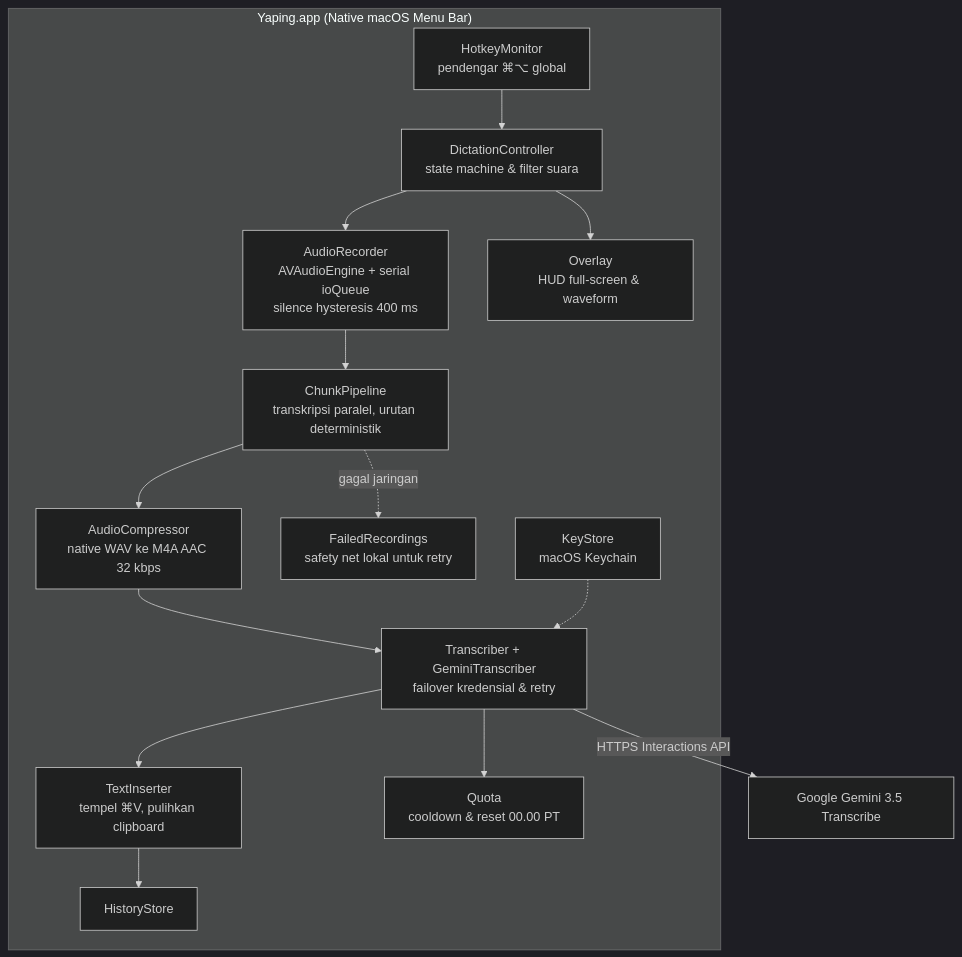
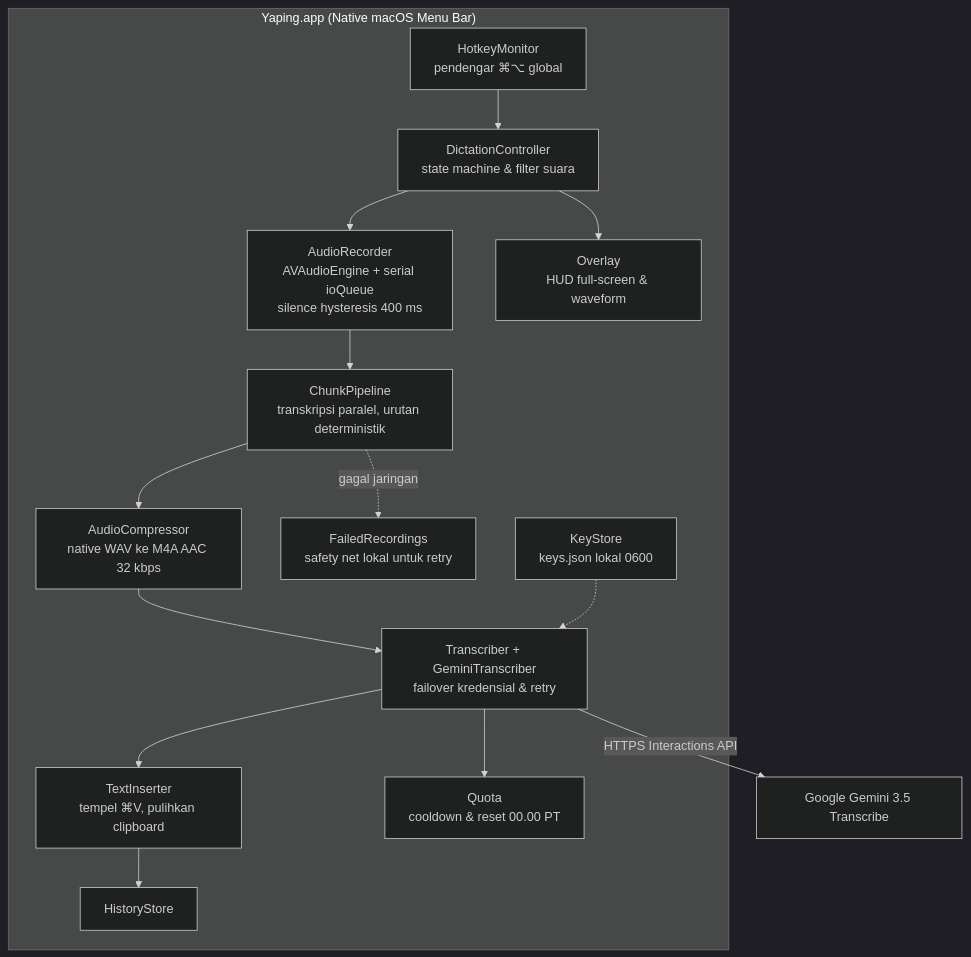
Before and after one commit to mnaufalzaki/Project-Portfolio: the first of 2 diagrams in Yaping/README.id.md, drawn with Mermaid (dark theme). The commit also changed other lines of this file and 4 other files, not shown here.

````diff
--- a/Yaping/README.id.md
+++ b/Yaping/README.id.md
@@ -76,17 +76,17 @@
 ```mermaid
 flowchart TB
     subgraph App["Yaping.app (Native macOS Menu Bar)"]
         HK[HotkeyMonitor<br/>pendengar ⌘⌥ global] --> DC[DictationController<br/>state machine & filter suara]
         DC --> REC[AudioRecorder<br/>AVAudioEngine + serial ioQueue<br/>silence hysteresis 400 ms]
         REC --> CP[ChunkPipeline<br/>transkripsi paralel, urutan deterministik]
         CP --> AC[AudioCompressor<br/>native WAV ke M4A AAC 32 kbps]
         AC --> TR[Transcriber + GeminiTranscriber<br/>failover kredensial & retry]
         TR --> TI[TextInserter<br/>tempel ⌘V, pulihkan clipboard]
         DC --> OV[Overlay<br/>HUD full-screen & waveform]
         TR --> QU[Quota<br/>cooldown & reset 00.00 PT]
         CP -.->|gagal jaringan| FR[FailedRecordings<br/>safety net lokal untuk retry]
-        KS[KeyStore<br/>macOS Keychain] -.-> TR
+        KS[KeyStore<br/>keys.json lokal 0600] -.-> TR
         TI --> HI[HistoryStore]
     end
     TR -->|HTTPS Interactions API| GEM[Google Gemini 3.5 Transcribe]
 ```
````
